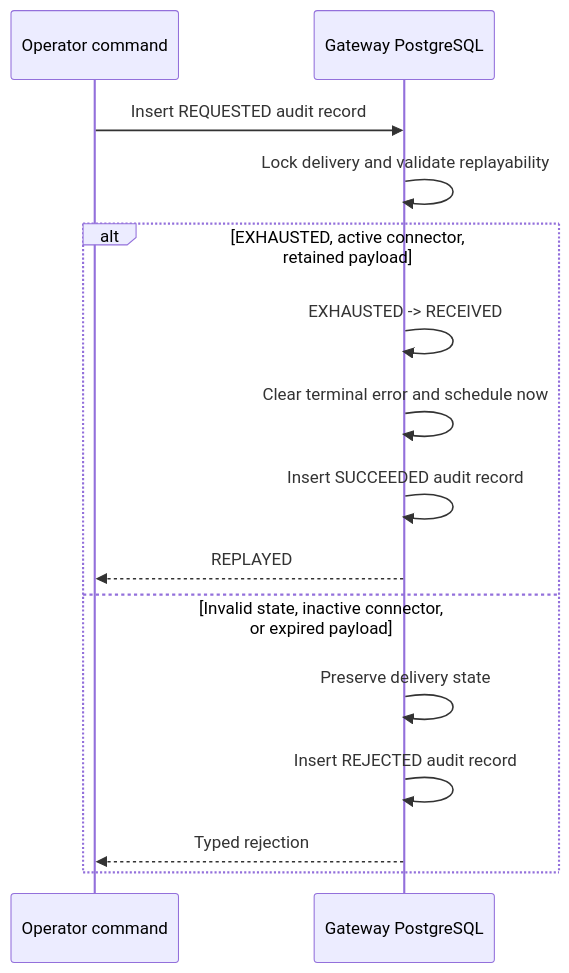
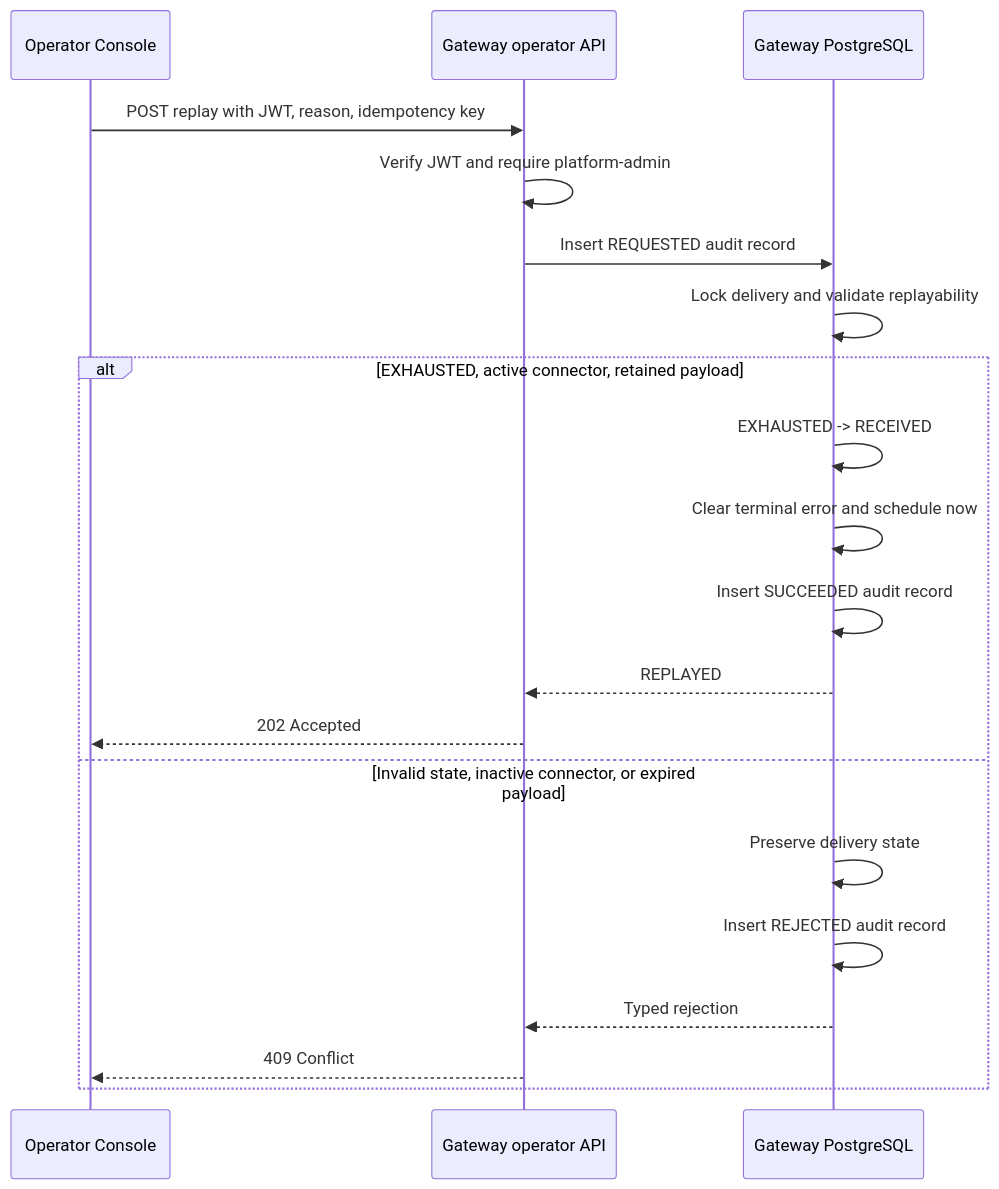
Before and after one commit to PietroRussoD/commerce-integration-hub: the sixth of 6 diagrams in docs/gateway-delivery-lifecycle.md, drawn with Mermaid. The commit also changed other lines of this file and 16 other files, not shown here.

````diff
--- a/docs/gateway-delivery-lifecycle.md
+++ b/docs/gateway-delivery-lifecycle.md
@@ -248,18 +251,23 @@
 ```mermaid
 sequenceDiagram
-    participant O as Operator command
+    participant C as Operator Console
+    participant A as Gateway operator API
     participant DB as Gateway PostgreSQL
 
-    O->>DB: Insert REQUESTED audit record
+    C->>A: POST replay with JWT, reason, idempotency key
+    A->>A: Verify JWT and require platform-admin
+    A->>DB: Insert REQUESTED audit record
     DB->>DB: Lock delivery and validate replayability
     alt EXHAUSTED, active connector, retained payload
         DB->>DB: EXHAUSTED -> RECEIVED
         DB->>DB: Clear terminal error and schedule now
         DB->>DB: Insert SUCCEEDED audit record
-        DB-->>O: REPLAYED
+        DB-->>A: REPLAYED
+        A-->>C: 202 Accepted
     else Invalid state, inactive connector, or expired payload
         DB->>DB: Preserve delivery state
         DB->>DB: Insert REJECTED audit record
-        DB-->>O: Typed rejection
+        DB-->>A: Typed rejection
+        A-->>C: 409 Conflict
     end
 ```
````
